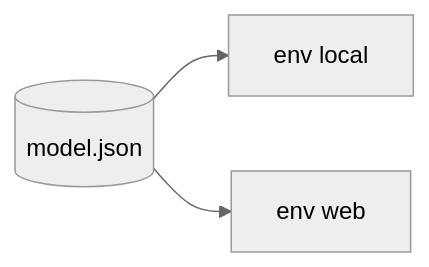
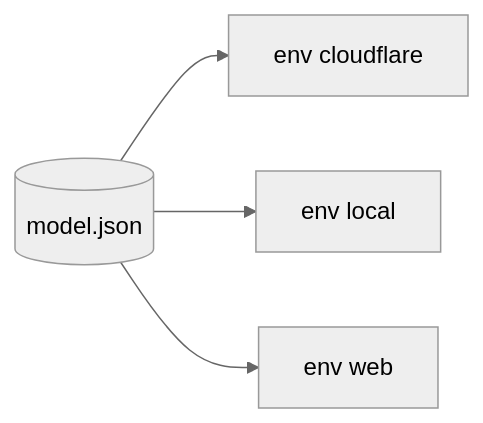
One commit to voxgig/conf-agenda changed the second of 2 diagrams in docs/reference/system-map.md. Above: the diagram before and after it, drawn with Mermaid (neutral theme). The commit also changed other lines of this file and 9 other files, not shown here.

````diff
--- a/docs/reference/system-map.md
+++ b/docs/reference/system-map.md
@@ -59,6 +59,7 @@
 ```mermaid
 flowchart LR
   model[(model.json)]
+  model --> env_cloudflare[env cloudflare]
   model --> env_local[env local]
   model --> env_web[env web]
 ```
````
